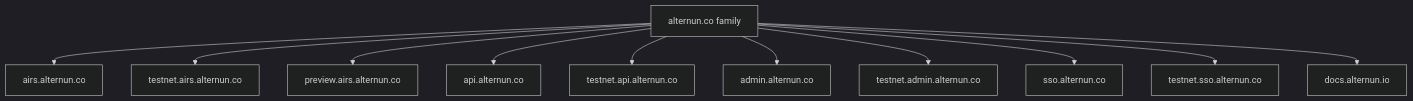
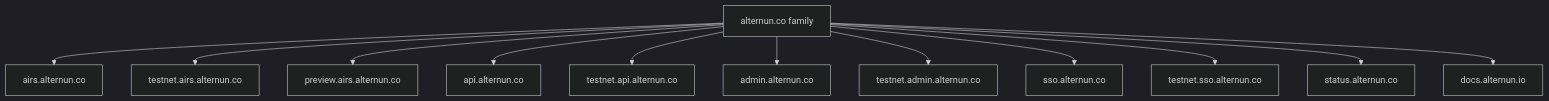
One commit to alternun-development/alternun changed the first of 3 diagrams in apps/docs/docs/Architecture/infrastructure-and-delivery.md. Above: the diagram before and after it, drawn with Mermaid (dark theme). The commit also changed other lines of this file, not shown here.

First line of the commit message:
docs(infra): document status-checker service and status.alternun.co

````diff
--- a/apps/docs/docs/Architecture/infrastructure-and-delivery.md
+++ b/apps/docs/docs/Architecture/infrastructure-and-delivery.md
@@ -55,14 +55,15 @@
 ```mermaid
 flowchart TD
   Root[alternun.co family]
   Root --> AIRSProd[airs.alternun.co]
   Root --> AIRSDev[testnet.airs.alternun.co]
   Root --> AIRSPreview[preview.airs.alternun.co]
   Root --> APIProd[api.alternun.co]
   Root --> APIDev[testnet.api.alternun.co]
   Root --> AdminProd[admin.alternun.co]
   Root --> AdminDev[testnet.admin.alternun.co]
   Root --> SSOProd[sso.alternun.co]
   Root --> SSODev[testnet.sso.alternun.co]
+  Root --> Status[status.alternun.co]
   Root --> Docs[docs.alternun.io]
 ```
````
